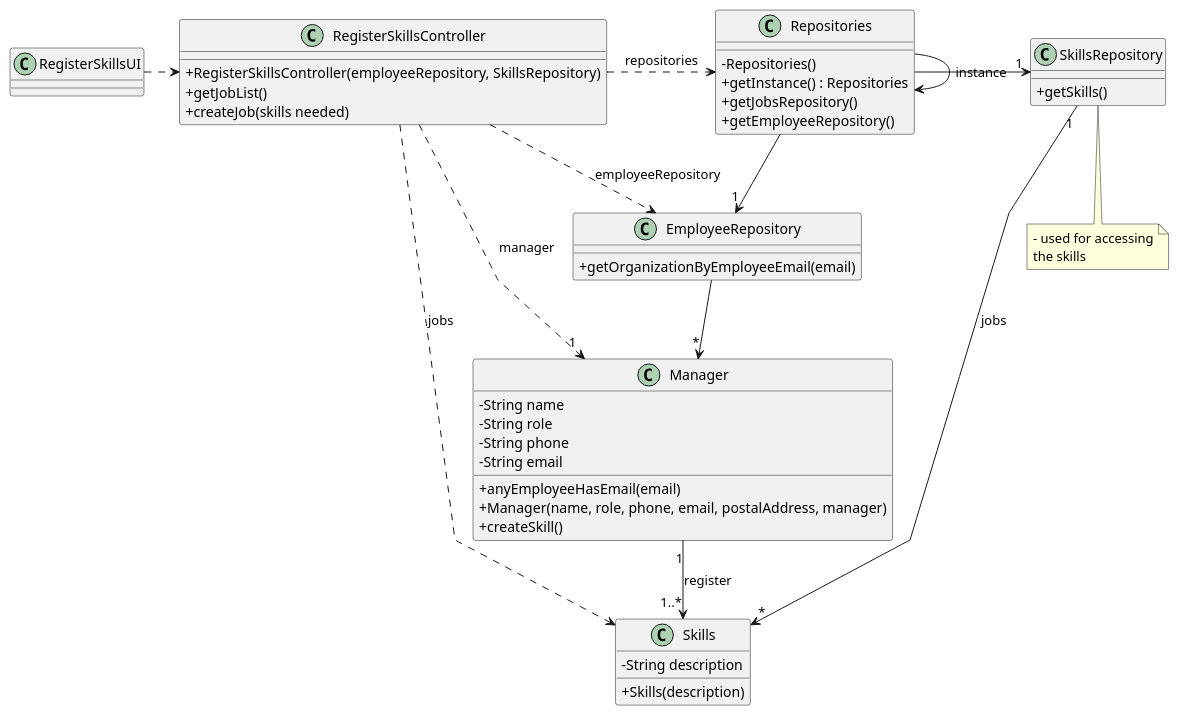
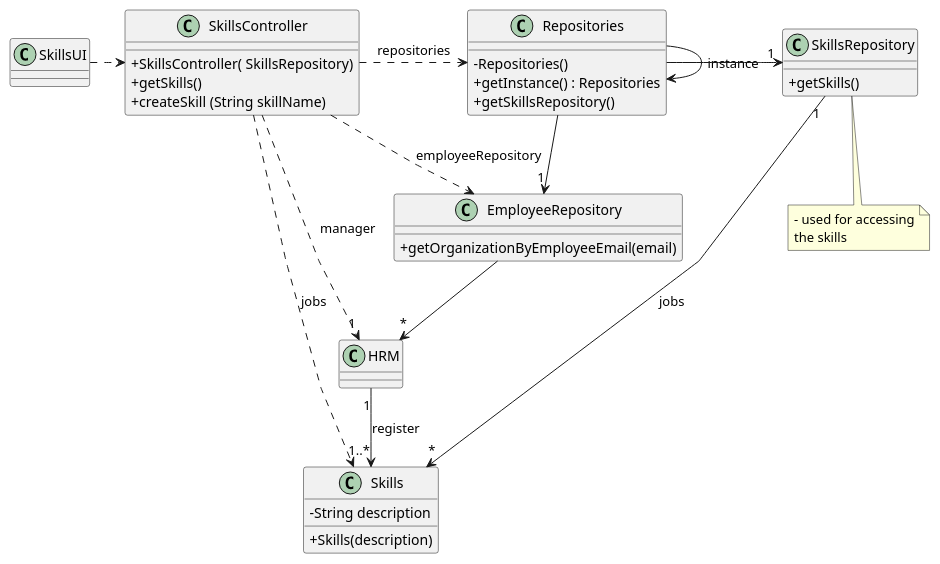
Before and after one commit to Departamento-de-Engenharia-Informatica/lei-24-s2-1df-1de-g063: the diagram in docs/sprint B/us001/03.design/puml/us01-class-diagram.puml, drawn with PlantUML. The commit also changed 1 other file, not shown here.

Commit message:
Class diagrams 1,3,6

```diff
--- a/docs/sprint B/us001/03.design/puml/us01-class-diagram.puml
+++ b/docs/sprint B/us001/03.design/puml/us01-class-diagram.puml
@@ -1,78 +1,69 @@
 @startuml
 'skinparam monochrome true
 skinparam packageStyle rectangle
 skinparam shadowing false
 skinparam linetype polyline
 'skinparam linetype orto
 
 skinparam classAttributeIconSize 0
 
 'left to right direction
 
 class Skills {
     - String description
 
     + Skills(description)
 }
 
-class Manager {
-    - String name
-    - String role
-    - String phone
-    - String email
-
-    + anyEmployeeHasEmail(email)
-    + Manager(name, role, phone, email, postalAddress, manager)
-    + createSkill()
+class HRM {
 }
 
 class SkillsRepository {
     + getSkills()
 }
 
 class EmployeeRepository {
     + getOrganizationByEmployeeEmail(email)
 }
 
 class Repositories {
     - Repositories()
     + getInstance() : Repositories
-    + getJobsRepository()
-    + getEmployeeRepository()
+    + getSkillsRepository()
 }
 
-class RegisterSkillsController {
-    + RegisterSkillsController(employeeRepository, SkillsRepository)
-    + getJobList()
-    + createJob(skills needed)
+class SkillsController {
+    + SkillsController( SkillsRepository)
+    + getSkills()
+    + createSkill (String skillName)
 }
 
 note bottom of SkillsRepository
     - used for accessing
     the skills
 end note
 
-class RegisterSkillsUI {
+class SkillsUI {
 }
 
 Repositories -> Repositories : instance
 
-RegisterSkillsUI .> RegisterSkillsController
+SkillsUI .> SkillsController
 
-RegisterSkillsController .> Repositories : repositories
+SkillsController .> Repositories : repositories
 
 Repositories -> "1" SkillsRepository
 
-RegisterSkillsController ..> Skills : jobs
-RegisterSkillsController ..> EmployeeRepository : employeeRepository
+SkillsController ..> Skills : jobs
+SkillsController ..> EmployeeRepository : employeeRepository
 
 
 Repositories --> "1" EmployeeRepository
 
-EmployeeRepository --> "*" Manager
+EmployeeRepository --> "*" HRM
 
-RegisterSkillsController ..> "1" Manager : manager
+SkillsController ..> "1" HRM : manager
 SkillsRepository "1" --> "*" Skills : jobs
-Manager "1" --> "1..*" Skills : register
+HRM "1" --> "1..*" Skills : register
 
 @enduml
```
